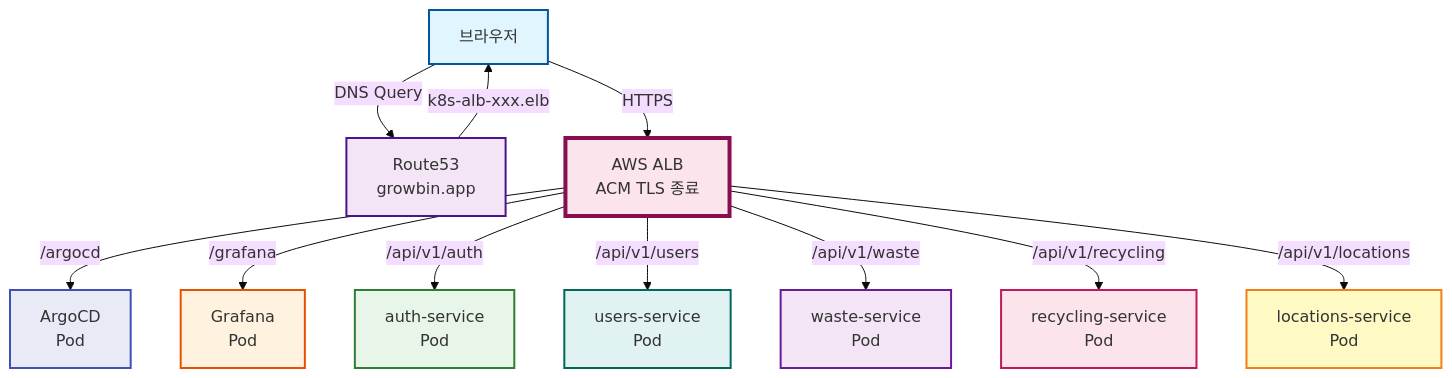
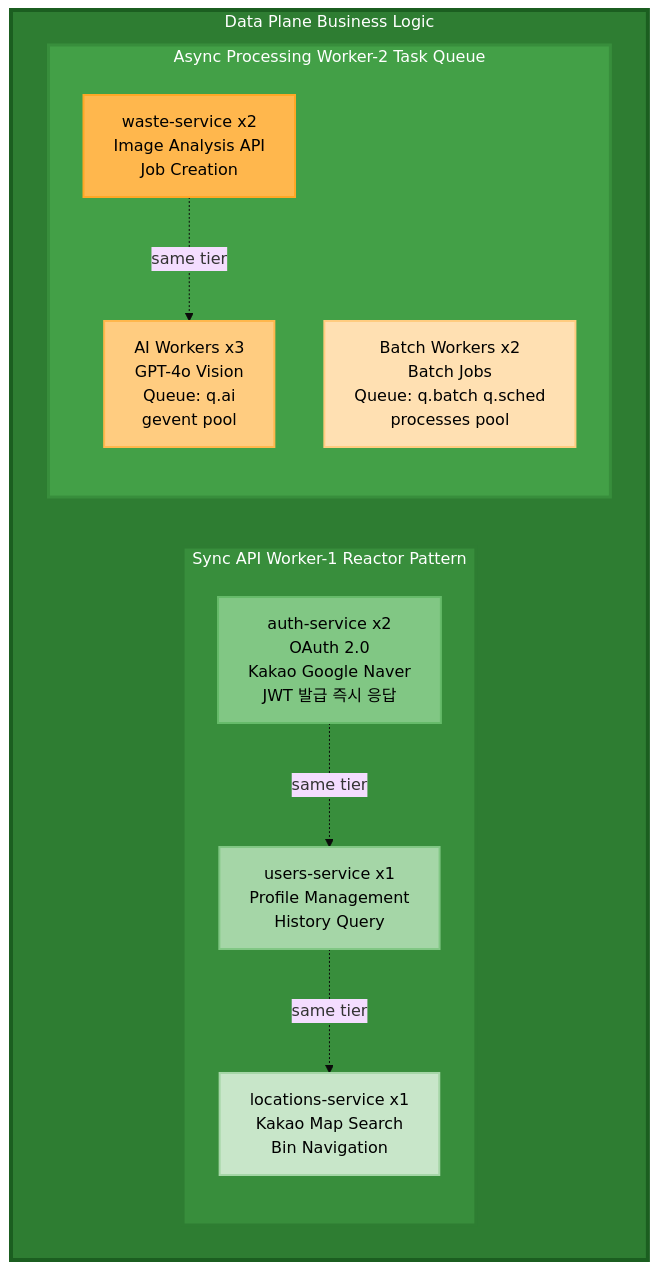
Before and after one commit to eco2-team/backend: the third of 8 diagrams in docs/architecture/deployment-architecture-4node.md, drawn with Mermaid (base theme). The commit also changed other lines of this file, not shown here.

First line of the commit message:
docs: Rewrite deployment-architecture-4node with 4-Tier Layered Architecture

````diff
--- a/docs/architecture/deployment-architecture-4node.md
+++ b/docs/architecture/deployment-architecture-4node.md
@@ -134,37 +213,30 @@
 ```mermaid
 graph TB
-    Browser[브라우저]
-    R53[Route53<br/>growbin.app]
-    ALB[AWS ALB<br/>ACM TLS 종료]
+    subgraph DP["Data Plane Business Logic"]
+        subgraph Sync["Sync API Worker-1 Reactor Pattern"]
+            Auth["auth-service x2<br/>OAuth 2.0<br/>Kakao Google Naver<br/>JWT 발급 즉시 응답"]
+            Users["users-service x1<br/>Profile Management<br/>History Query"]
+            Loc["locations-service x1<br/>Kakao Map Search<br/>Bin Navigation"]
+        end
+        
+        subgraph Async["Async Processing Worker-2 Task Queue"]
+            Waste["waste-service x2<br/>Image Analysis API<br/>Job Creation"]
+            AIWorker["AI Workers x3<br/>GPT-4o Vision<br/>Queue: q.ai<br/>gevent pool"]
+            BatchWorker["Batch Workers x2<br/>Batch Jobs<br/>Queue: q.batch q.sched<br/>processes pool"]
+        end
+    end
     
-    ArgoCD[ArgoCD<br/>Pod]
-    Grafana[Grafana<br/>Pod]
-    Auth[auth-service<br/>Pod]
-    Users[users-service<br/>Pod]
-    Waste[waste-service<br/>Pod]
-    Recycling[recycling-service<br/>Pod]
-    Locations[locations-service<br/>Pod]
+    Auth -.->|same tier| Users
+    Users -.->|same tier| Loc
+    Waste -.->|same tier| AIWorker
     
-    Browser -->|DNS Query| R53
-    R53 -->|k8s-alb-xxx.elb| Browser
-    Browser -->|HTTPS| ALB
-    
-    ALB -->|/argocd| ArgoCD
-    ALB -->|/grafana| Grafana
-    ALB -->|/api/v1/auth| Auth
-    ALB -->|/api/v1/users| Users
-    ALB -->|/api/v1/waste| Waste
-    ALB -->|/api/v1/recycling| Recycling
-    ALB -->|/api/v1/locations| Locations
-    
-    style Browser fill:#e1f5ff,stroke:#01579b,stroke-width:2px
-    style R53 fill:#f3e5f5,stroke:#4a148c,stroke-width:2px
-    style ALB fill:#fce4ec,stroke:#880e4f,stroke-width:4px
-    style ArgoCD fill:#e8eaf6,stroke:#3f51b5,stroke-width:2px
-    style Grafana fill:#fff3e0,stroke:#e65100,stroke-width:2px
-    style Auth fill:#e8f5e9,stroke:#2e7d32,stroke-width:2px
-    style Users fill:#e0f2f1,stroke:#00695c,stroke-width:2px
-    style Waste fill:#f3e5f5,stroke:#6a1b9a,stroke-width:2px
-    style Recycling fill:#fce4ec,stroke:#c2185b,stroke-width:2px
-    style Locations fill:#fff9c4,stroke:#f57f17,stroke-width:2px
+    style DP fill:#2e7d32,color:#fff,stroke:#1b5e20,stroke-width:4px
+    style Sync fill:#388e3c,color:#fff,stroke:#2e7d32,stroke-width:3px
+    style Async fill:#43a047,color:#fff,stroke:#388e3c,stroke-width:3px
+    style Auth fill:#81c784,color:#000,stroke:#66bb6a,stroke-width:2px
+    style Users fill:#a5d6a7,color:#000,stroke:#81c784,stroke-width:2px
+    style Loc fill:#c8e6c9,color:#000,stroke:#a5d6a7,stroke-width:2px
+    style Waste fill:#ffb74d,color:#000,stroke:#ffa726,stroke-width:2px
+    style AIWorker fill:#ffcc80,color:#000,stroke:#ffb74d,stroke-width:2px
+    style BatchWorker fill:#ffe0b2,color:#000,stroke:#ffcc80,stroke-width:2px
 ```
````
